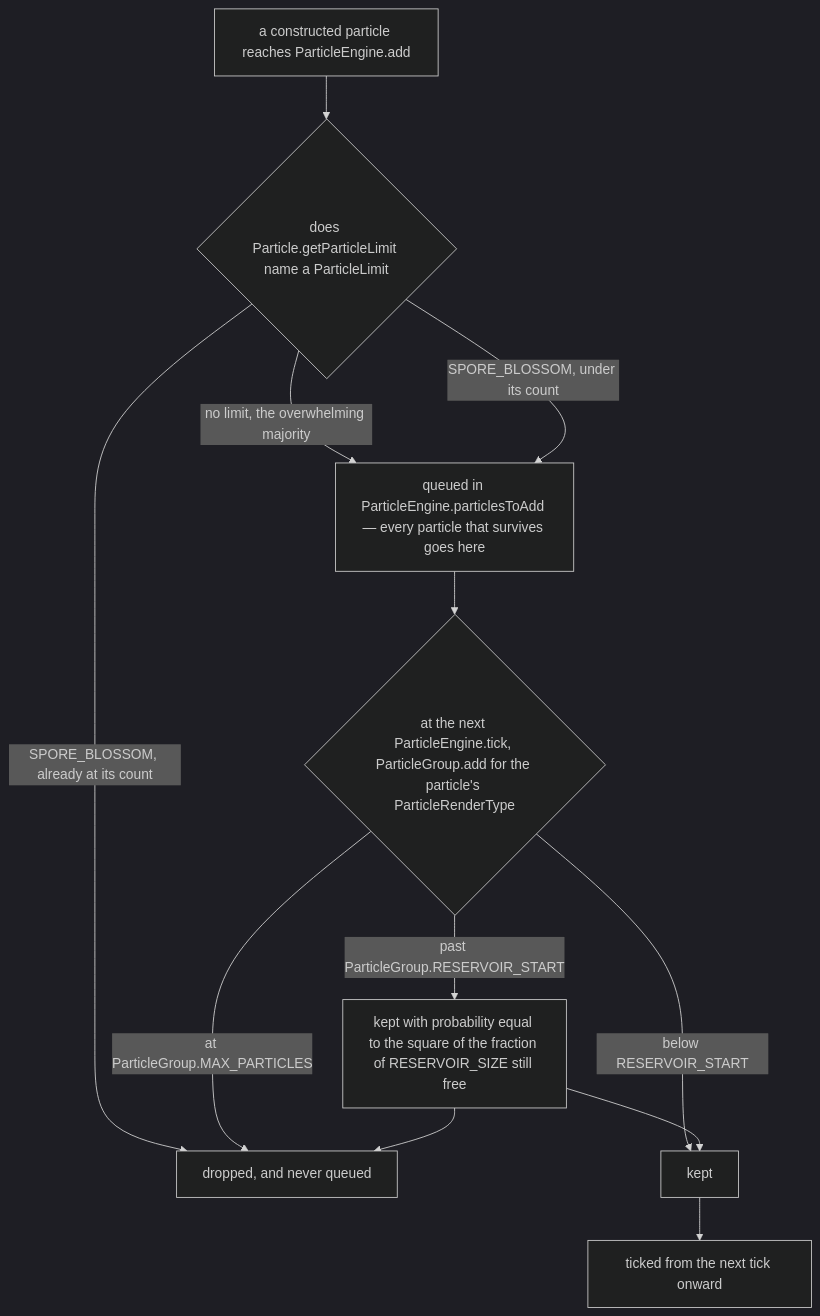
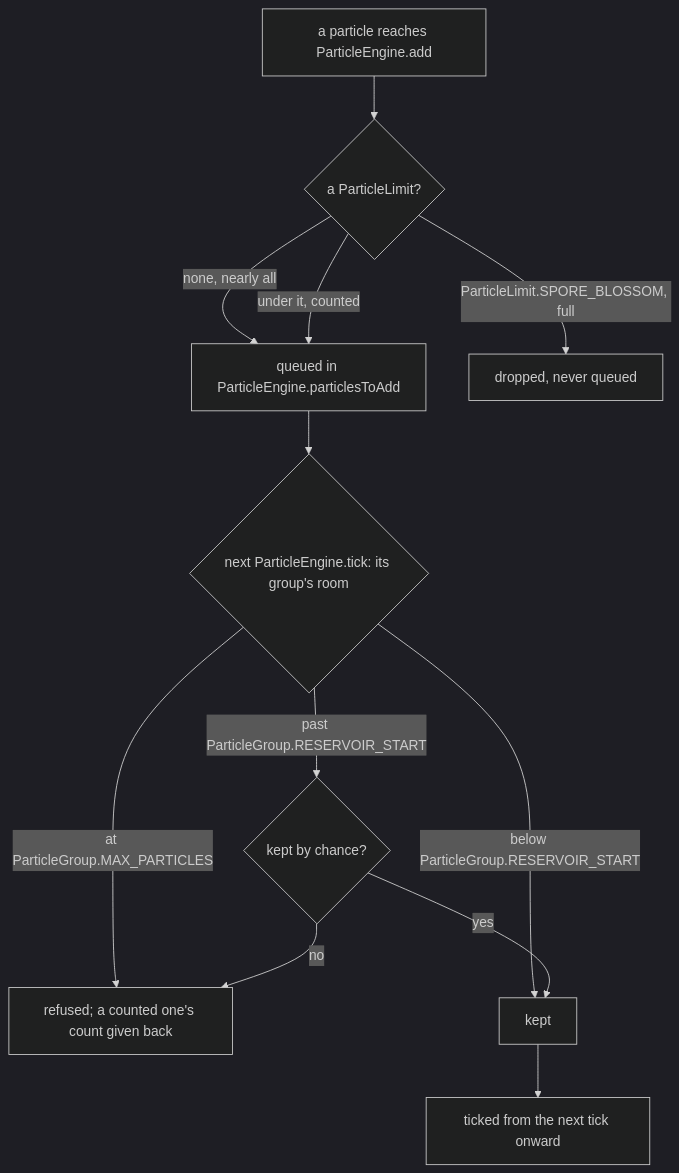
Before and after one commit to AlexanderjFraser/MinecraftDocs: the second of 2 diagrams in src/systems/rendering/particles.md, drawn with Mermaid (dark theme). The commit also changed other lines of this file and 18 other files, not shown here.

````diff
--- a/src/systems/rendering/particles.md
+++ b/src/systems/rendering/particles.md
@@ -206,14 +207,14 @@
 ```mermaid
 flowchart TD
-    A["a constructed particle reaches ParticleEngine.add"] --> B{"does Particle.getParticleLimit name a ParticleLimit"}
-    B -- "no limit, the overwhelming majority" --> Q
-    B -- "SPORE_BLOSSOM, already at its count" --> X["dropped, and never queued"]
-    B -- "SPORE_BLOSSOM, under its count" --> Q["queued in ParticleEngine.particlesToAdd — every particle that survives goes here"]
-    Q --> D{"at the next ParticleEngine.tick, ParticleGroup.add for the particle's ParticleRenderType"}
-    D -- "at ParticleGroup.MAX_PARTICLES" --> X
-    D -- "past ParticleGroup.RESERVOIR_START" --> E["kept with probability equal to the square of the fraction of RESERVOIR_SIZE still free"]
-    D -- "below RESERVOIR_START" --> K["kept"]
-    E --> K
-    E --> X
+    A["a particle reaches ParticleEngine.add"] --> B{"a ParticleLimit?"}
+    B -- "none, nearly all" --> Q
+    B -- "ParticleLimit.SPORE_BLOSSOM, full" --> X1["dropped, never queued"]
+    B -- "under it, counted" --> Q["queued in ParticleEngine.particlesToAdd"]
+    Q --> D{"next ParticleEngine.tick: its group's room"}
+    D -- "at ParticleGroup.MAX_PARTICLES" --> X2["refused; a counted one's count given back"]
+    D -- "past ParticleGroup.RESERVOIR_START" --> E{"kept by chance?"}
+    D -- "below ParticleGroup.RESERVOIR_START" --> K["kept"]
+    E -- "yes" --> K
+    E -- "no" --> X2
     K --> T["ticked from the next tick onward"]
 ```
````
